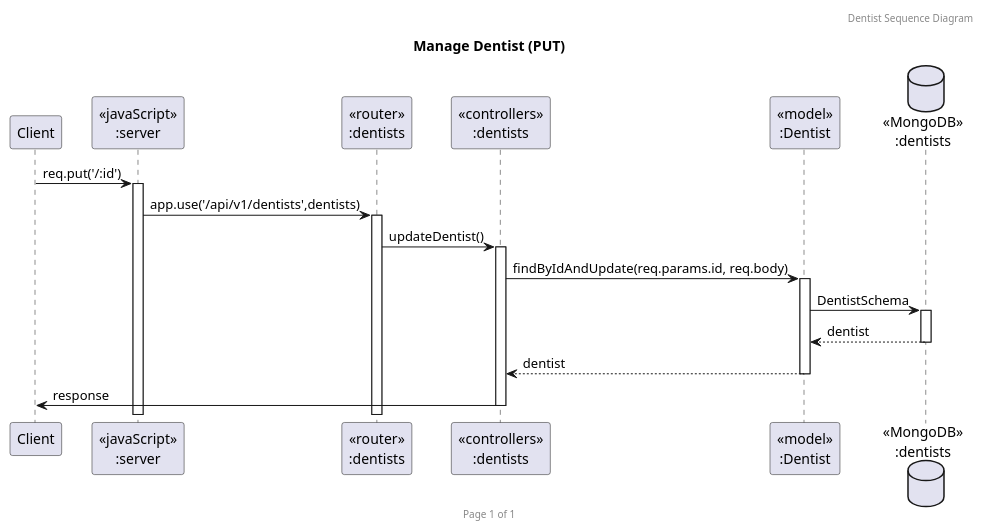
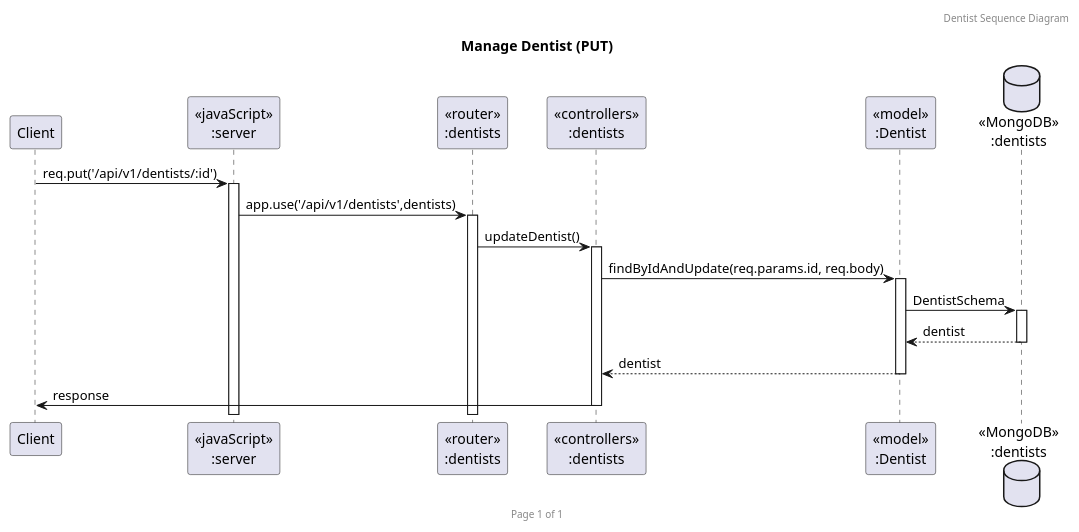
Before and after one commit to 2110503TACEDT66/presentation-day-1-privacy: the diagram in SequenceDiagram/dentput.puml, drawn with PlantUML. The commit also changed 16 other files, not shown here.

Commit message:
edit sequenceDiagram

```diff
--- a/SequenceDiagram/dentput.puml
+++ b/SequenceDiagram/dentput.puml
@@ -1,23 +1,23 @@
 @startuml Manage Dentist (PUT)
 
 header Dentist Sequence Diagram
 footer Page %page% of %lastpage%
 title "Manage Dentist (PUT)"
 
 participant "Client" as client
 participant "<<javaScript>>\n:server" as server
 participant "<<router>>\n:dentists" as routerDentists
 participant "<<controllers>>\n:dentists" as controllersDentists
 participant "<<model>>\n:Dentist" as modelDentists
 database "<<MongoDB>>\n:dentists" as DentistsDatabase
 
-client->server ++:req.put('/:id')
+client->server ++:req.put('/api/v1/dentists/:id')
 server->routerDentists ++:app.use('/api/v1/dentists',dentists)
 routerDentists -> controllersDentists ++:updateDentist()
 controllersDentists->modelDentists ++:findByIdAndUpdate(req.params.id, req.body)
 modelDentists ->DentistsDatabase ++:DentistSchema
 DentistsDatabase --> modelDentists --:dentist
 controllersDentists <-- modelDentists --:dentist
 controllersDentists->client --:response
 
 @enduml
```
